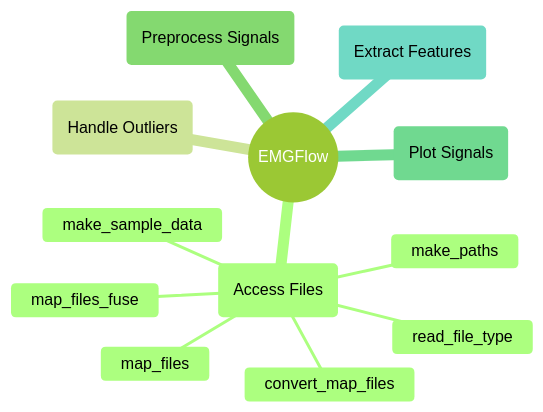
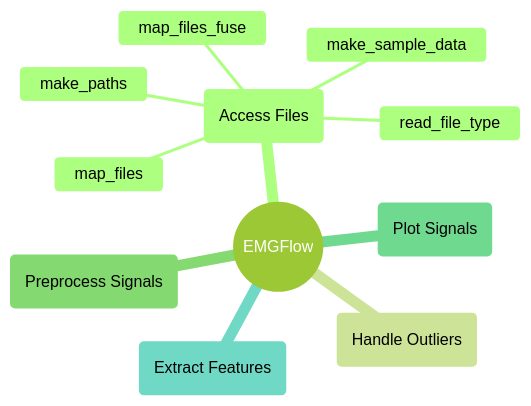
Before and after one commit to WiIIson/EMGFlow-Python-Package: the diagram in docs/reference/access-files.md, drawn with Mermaid (forest theme). The commit also changed other lines of this file and 1 other file, not shown here.

````diff
--- a/docs/reference/access-files.md
+++ b/docs/reference/access-files.md
@@ -7,15 +7,14 @@
 ```mermaid
 mindmap
     root((EMGFlow))
         AF(Access Files)
             make_paths
             make_sample_data
             read_file_type
             map_files
-            convert_map_files
             map_files_fuse
         HO(Handle Outliers)
         PrS(Preprocess Signals)
         PlS(Plot Signals)
         EF(Extract Features)
 ```
````
